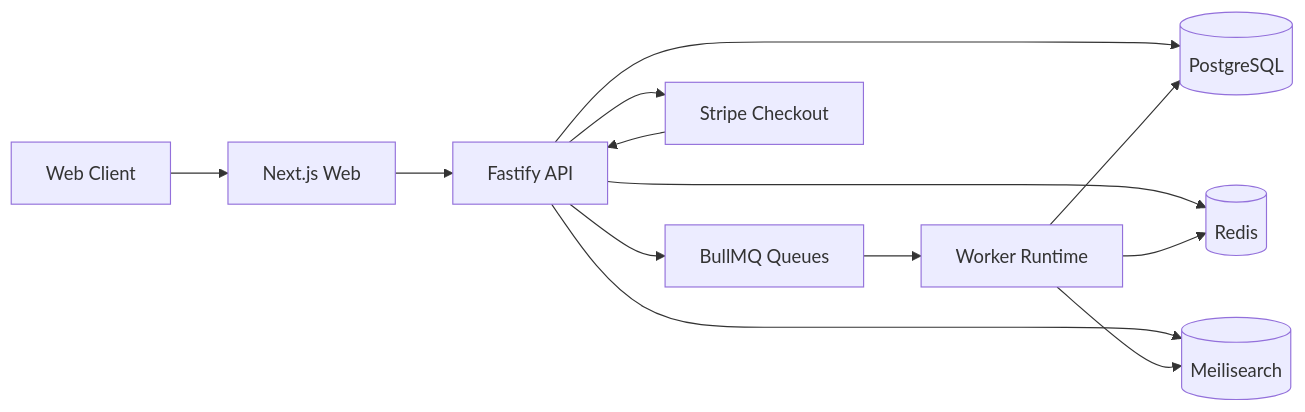
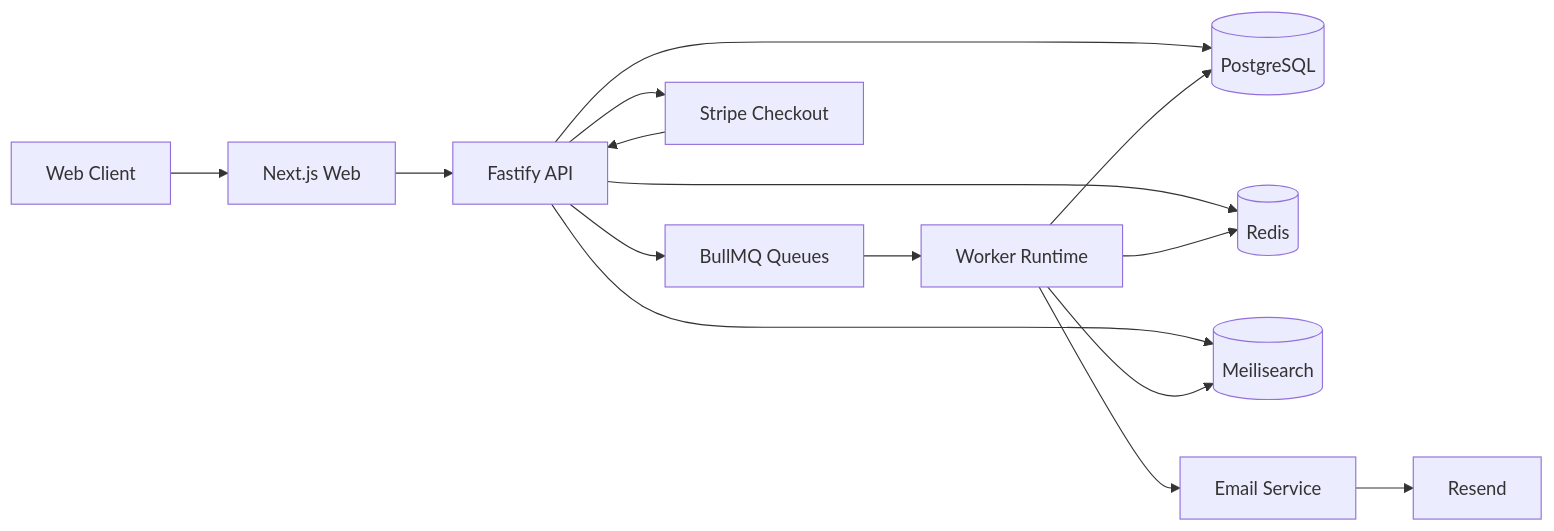
Before and after one commit to SpySparsh/distributed-commerce-platform: the first of 8 diagrams in README.md, drawn with Mermaid. The commit also changed other lines of this file and 32 other files, not shown here.

Commit message:
Add internal email service for transactional mail

````diff
--- a/README.md
+++ b/README.md
@@ -50,18 +51,20 @@
 ```mermaid
 flowchart LR
   Browser["Web Client"] --> Web["Next.js Web"]
   Web --> API["Fastify API"]
 
   API --> PG[("PostgreSQL")]
   API --> Redis[("Redis")]
   API --> Search[("Meilisearch")]
   API --> Queue["BullMQ Queues"]
 
   Queue --> Worker["Worker Runtime"]
+  Worker --> EmailSvc["Email Service"]
   Worker --> PG
   Worker --> Redis
   Worker --> Search
+  EmailSvc --> Resend["Resend"]
 
   Payments["Stripe Checkout"] --> API
   API --> Payments
 ```
````
